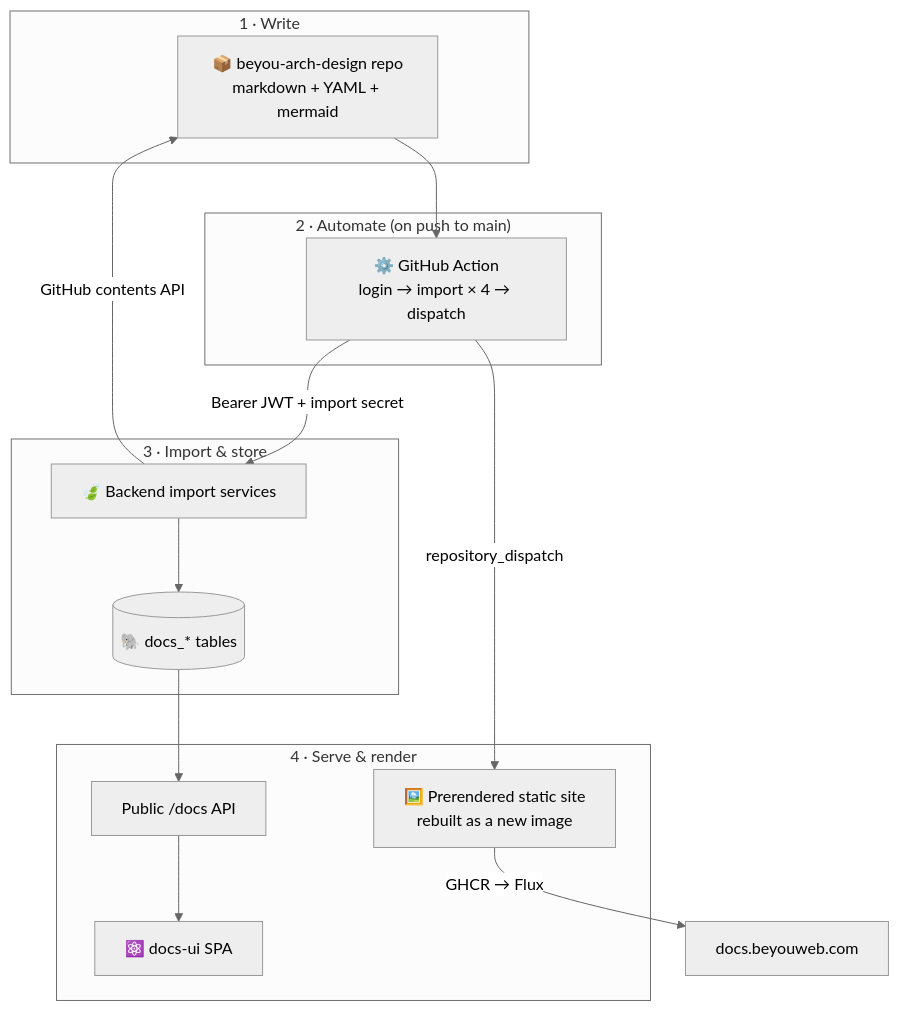
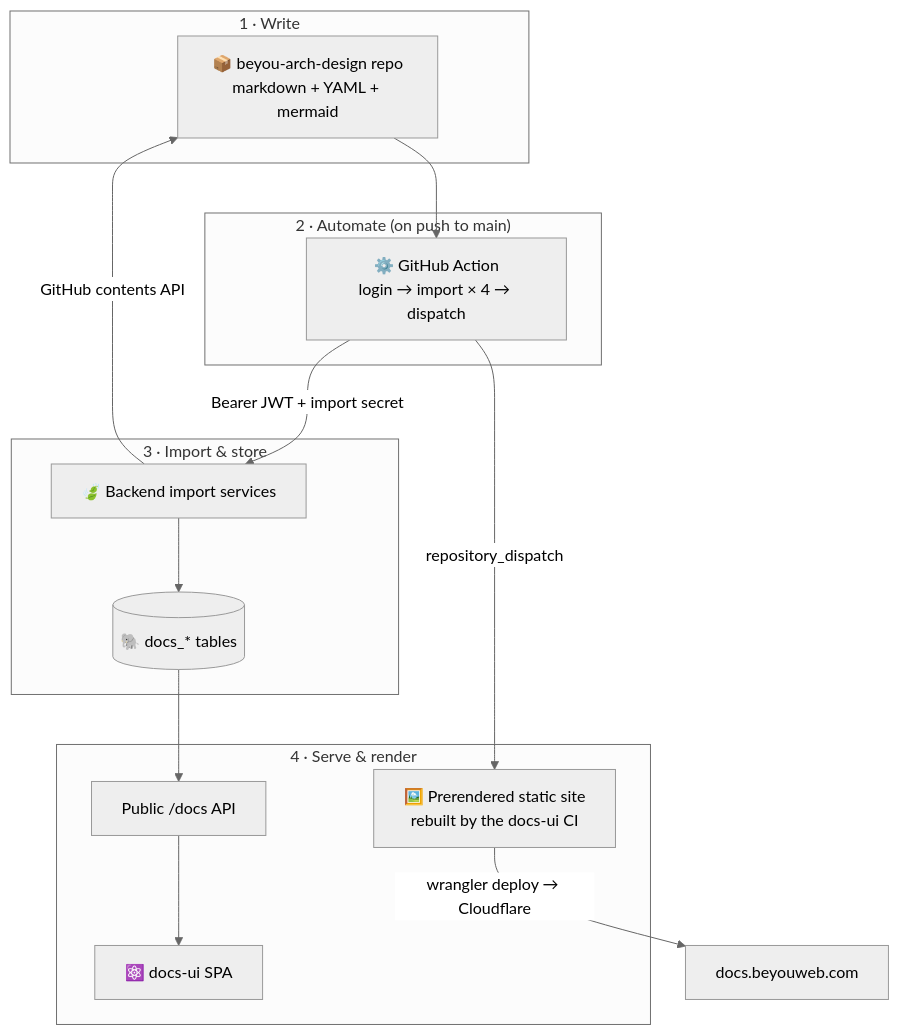
The diagram in architecture/docs-system/en.md (AndDev741/Beyou-arch-design), drawn with Mermaid (neutral theme) before and after one commit. The commit also changed other lines of this file and 25 other files, not shown here.

````diff
--- a/architecture/docs-system/en.md
+++ b/architecture/docs-system/en.md
@@ -10,30 +10,30 @@
 ```mermaid
 flowchart TD
   subgraph write["1 · Write"]
     GH["📦 beyou-arch-design repo<br/>markdown + YAML + mermaid"]
   end
 
   subgraph automate["2 · Automate (on push to main)"]
     WF["⚙️ GitHub Action<br/>login → import × 4 → dispatch"]
   end
 
   subgraph store["3 · Import & store"]
     BE["🍃 Backend import services"]
     DB[("🐘 docs_* tables")]
   end
 
   subgraph serve["4 · Serve & render"]
     API["Public /docs API"]
     UI["⚛️ docs-ui SPA"]
-    PRE["🖼️ Prerendered static site<br/>rebuilt as a new image"]
+    PRE["🖼️ Prerendered static site<br/>rebuilt by the docs-ui CI"]
   end
 
   GH --> WF
   WF -->|"Bearer JWT + import secret"| BE
   BE -->|"GitHub contents API"| GH
   BE --> DB
   DB --> API
   API --> UI
   WF -->|"repository_dispatch"| PRE
-  PRE -->|"GHCR → Flux"| LIVE["docs.beyouweb.com"]
+  PRE -->|"wrangler deploy → Cloudflare"| LIVE["docs.beyouweb.com"]
 ```
````
